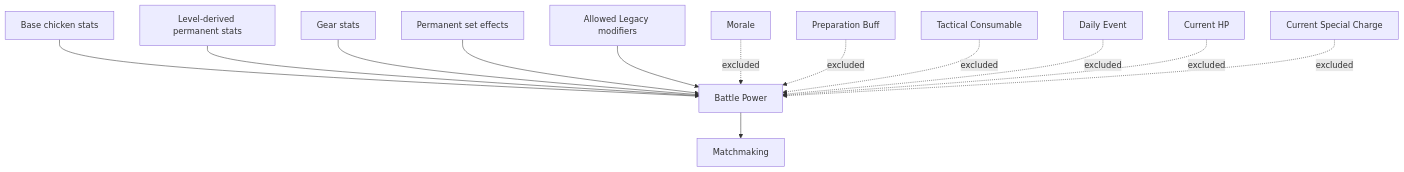
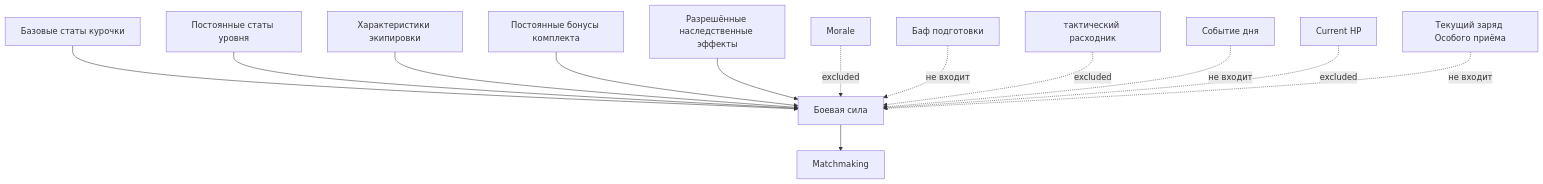
Before and after one commit to gselfman/QuRa-Game-Design: the fifth of 10 diagrams in GAME_DEPENDENCY_GRAPH.md, drawn with Mermaid. The commit also changed other lines of this file and 21 other files, not shown here.

````diff
--- a/GAME_DEPENDENCY_GRAPH.md
+++ b/GAME_DEPENDENCY_GRAPH.md
@@ -488,17 +492,17 @@
 ```mermaid
 flowchart TD
-    A[Base chicken stats] --> BP[Battle Power]
-    B[Level-derived permanent stats] --> BP
-    C[Gear stats] --> BP
-    D[Permanent set effects] --> BP
-    E[Allowed Legacy modifiers] --> BP
+    A[Базовые статы курочки] --> BP[Боевая сила]
+    B[Постоянные статы уровня] --> BP
+    C[Характеристики экипировки] --> BP
+    D[Постоянные бонусы комплекта] --> BP
+    E[Разрешённые наследственные эффекты] --> BP
 
     F[Morale] -. excluded .-> BP
-    G[Preparation Buff] -. excluded .-> BP
-    H[Tactical Consumable] -. excluded .-> BP
-    I[Daily Event] -. excluded .-> BP
+    G[Баф подготовки] -. не входит .-> BP
+    H[тактический расходник] -. excluded .-> BP
+    I[Событие дня] -. не входит .-> BP
     J[Current HP] -. excluded .-> BP
-    K[Current Special Charge] -. excluded .-> BP
+    K[Текущий заряд Особого приёма] -. не входит .-> BP
 
     BP --> MM[Matchmaking]
 ```
````
